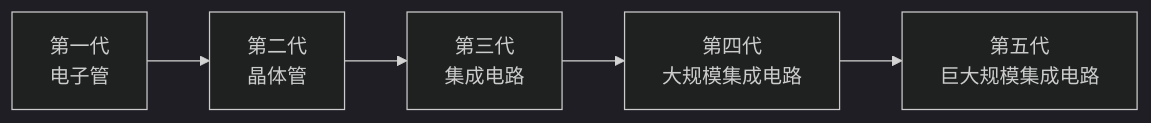
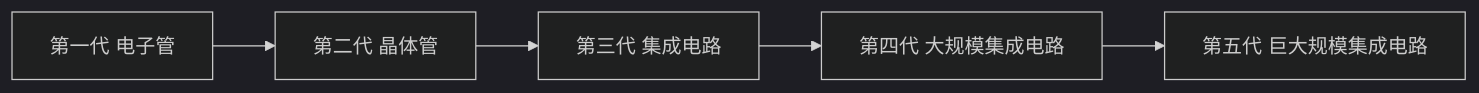
Before and after one commit to gilismael826-lgtm/course: the diagram in 计算机组成原理/notes/总结复习/总结-第1章-计算机系统概述.md, drawn with Mermaid (dark theme). The commit also changed 28 other files, not shown here.

````diff
--- a/计算机组成原理/notes/总结复习/总结-第1章-计算机系统概述.md
+++ b/计算机组成原理/notes/总结复习/总结-第1章-计算机系统概述.md
@@ -51,7 +51,7 @@
 ```mermaid
 flowchart LR
-    A[第一代<br/>电子管] --> B[第二代<br/>晶体管]
-    B --> C[第三代<br/>集成电路]
-    C --> D[第四代<br/>大规模集成电路]
-    D --> E[第五代<br/>巨大规模集成电路]
+    A[第一代 电子管] --> B[第二代 晶体管]
+    B --> C[第三代 集成电路]
+    C --> D[第四代 大规模集成电路]
+    D --> E[第五代 巨大规模集成电路]
 ```
````
